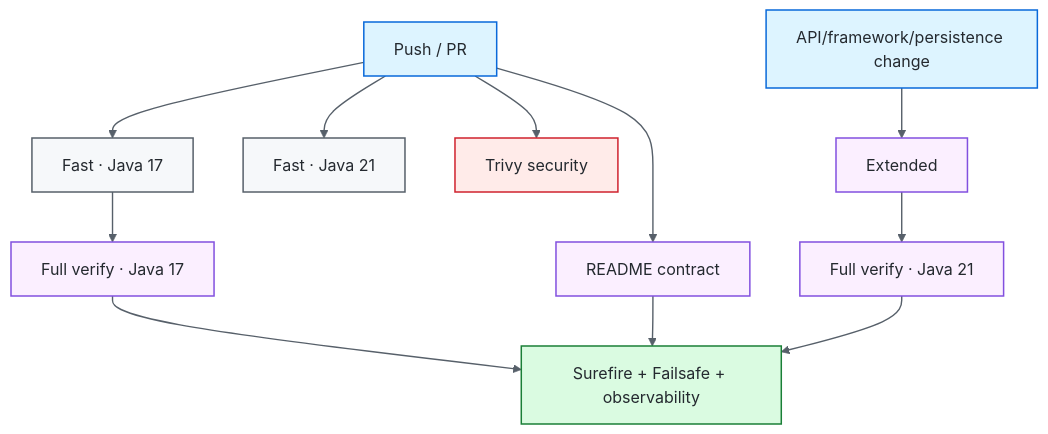
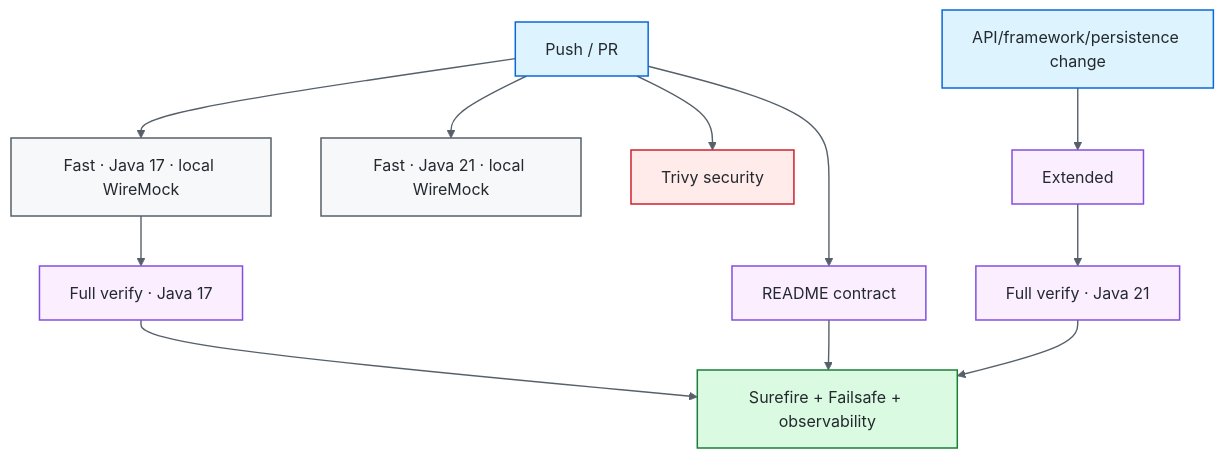
The second of 2 diagrams in README.md (portyu9/qa-automation-java-restassured), drawn with Mermaid before and after one commit. The commit also changed other lines of this file and 10 other files, not shown here.

First line of the commit message:
Make REST Assured CI deterministic with WireMock (#17)

````diff
--- a/README.md
+++ b/README.md
@@ -278,25 +296,25 @@
 ```mermaid
 flowchart TD
-    PR[Push / PR] --> J17[Fast · Java 17]
-    PR --> J21[Fast · Java 21]
+    PR[Push / PR] --> J17[Fast · Java 17 · local WireMock]
+    PR --> J21[Fast · Java 21 · local WireMock]
     J17 --> FULL17[Full verify · Java 17]
     PR --> SEC[Trivy security]
     PR --> DOCS[README contract]
     CODECHANGE[API/framework/persistence change] --> EXT[Extended]
     EXT --> FULL21[Full verify · Java 21]
     FULL17 --> EV[Surefire + Failsafe + observability]
     FULL21 --> EV
     DOCS --> EV
 
     classDef entry fill:#ddf4ff,stroke:#0969da,color:#24292f,stroke-width:1.5px;
     classDef core fill:#f6f8fa,stroke:#57606a,color:#24292f,stroke-width:1.5px;
     classDef gate fill:#fbefff,stroke:#8250df,color:#24292f,stroke-width:1.5px;
     classDef evidence fill:#dafbe1,stroke:#1a7f37,color:#24292f,stroke-width:1.5px;
     classDef security fill:#ffebe9,stroke:#cf222e,color:#24292f,stroke-width:1.5px;
     class PR,CODECHANGE entry;
     class J17,J21 core;
     class FULL17,EXT,FULL21,DOCS gate;
     class SEC security;
     class EV evidence;
     linkStyle default stroke:#57606a,stroke-width:1.4px;
 ```
````
